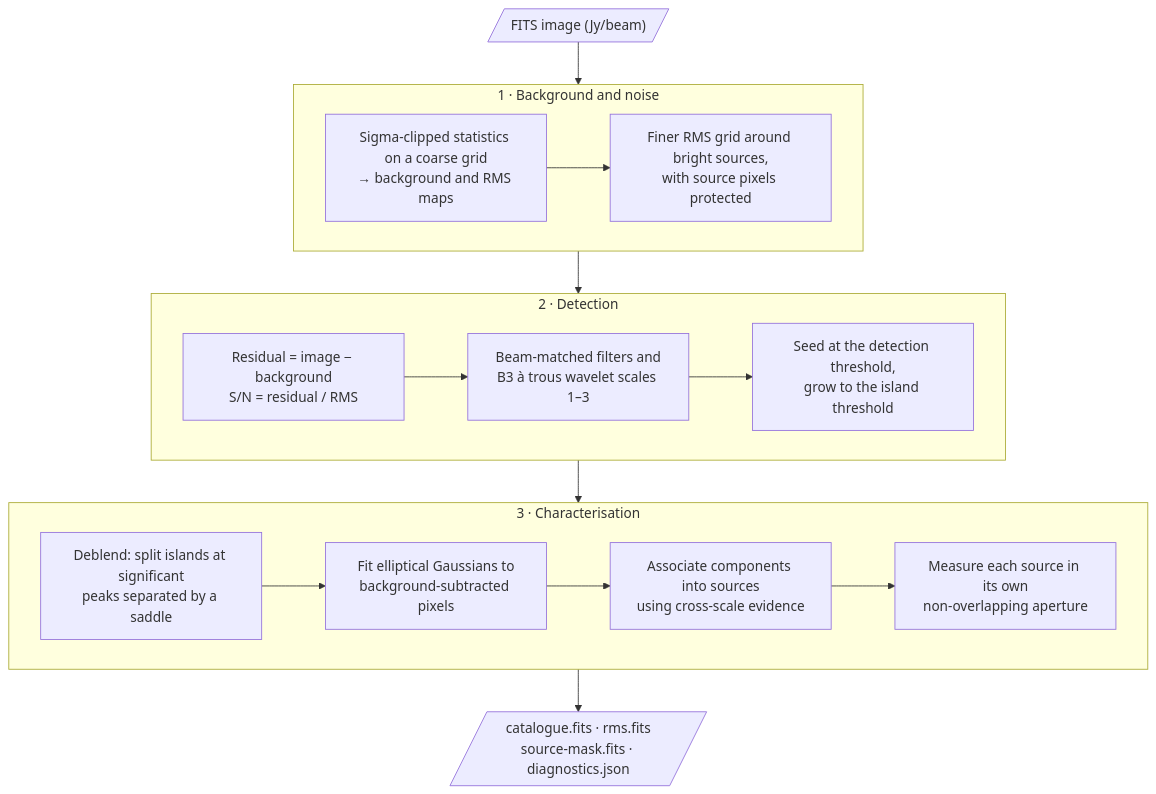
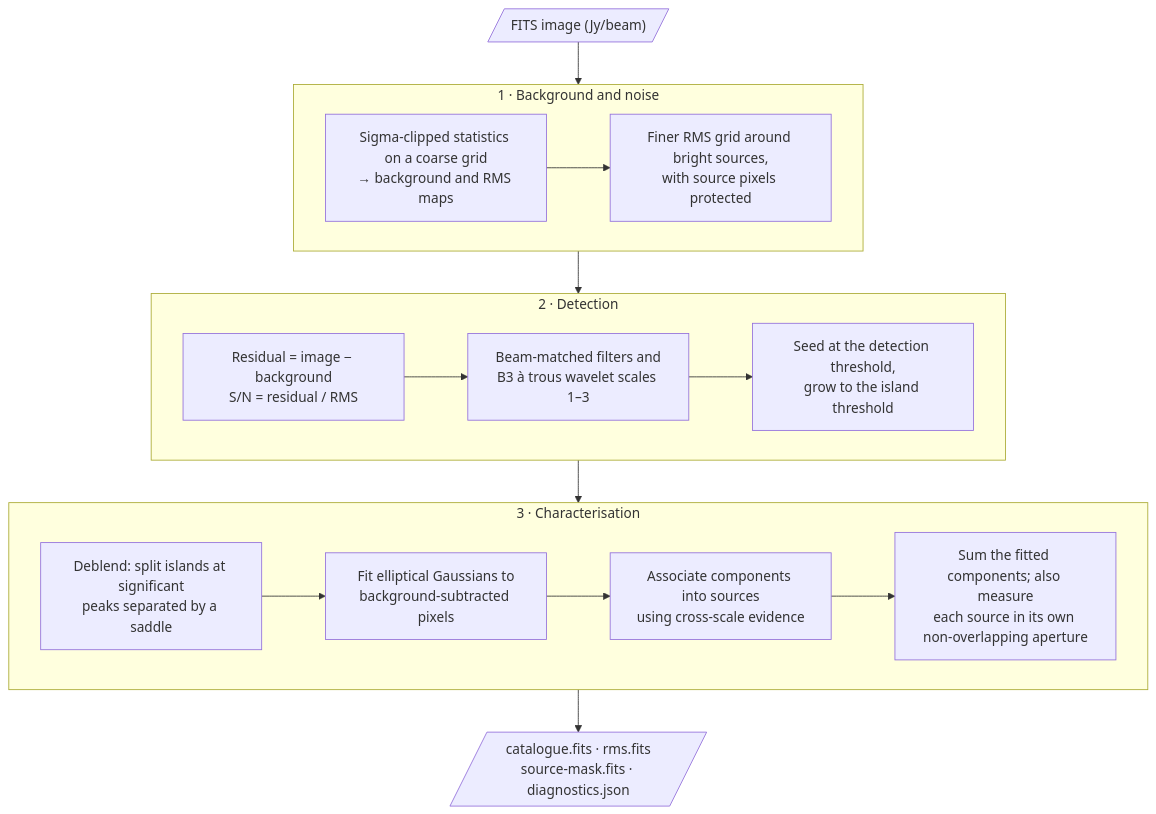
One commit to gemmadanks/hebog changed the first of 2 diagrams in docs/explanation/how-hebog-works.md. Above: the diagram before and after it, drawn with Mermaid. The commit also changed other lines of this file and 3 other files, not shown here.

First line of the commit message:
docs: describe the continuum source flux as the summed fitted components

````diff
--- a/docs/explanation/how-hebog-works.md
+++ b/docs/explanation/how-hebog-works.md
@@ -12,25 +12,25 @@
 ```mermaid
 flowchart TD
     image[/"FITS image (Jy/beam)"/]
     subgraph noise["1 · Background and noise"]
         bg["Sigma-clipped statistics on a coarse grid<br/>→ background and RMS maps"]
         fine["Finer RMS grid around bright sources,<br/>with source pixels protected"]
         bg --> fine
     end
     subgraph detect["2 · Detection"]
         snr["Residual = image − background<br/>S/N = residual / RMS"]
         filters["Beam-matched filters and<br/>B3 à trous wavelet scales 1–3"]
         flood["Seed at the detection threshold,<br/>grow to the island threshold"]
         snr --> filters --> flood
     end
     subgraph character["3 · Characterisation"]
         deblend["Deblend: split islands at significant<br/>peaks separated by a saddle"]
         fit["Fit elliptical Gaussians to<br/>background-subtracted pixels"]
         associate["Associate components into sources<br/>using cross-scale evidence"]
-        measure["Measure each source in its own<br/>non-overlapping aperture"]
+        measure["Sum the fitted components; also measure<br/>each source in its own non-overlapping aperture"]
         deblend --> fit --> associate --> measure
     end
     products[/"catalogue.fits · rms.fits<br/>source-mask.fits · diagnostics.json"/]
 
     image --> noise --> detect --> character --> products
 ```
````
